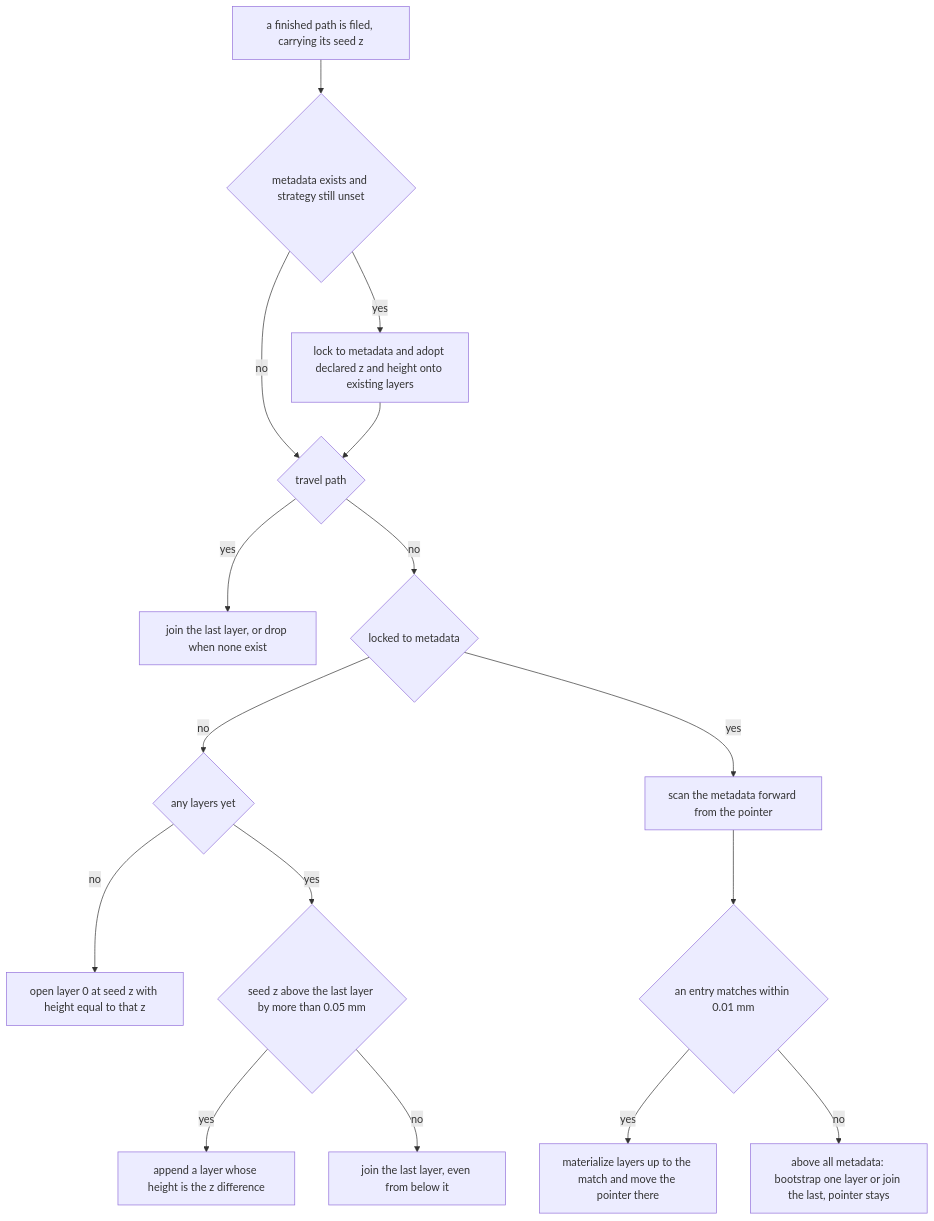
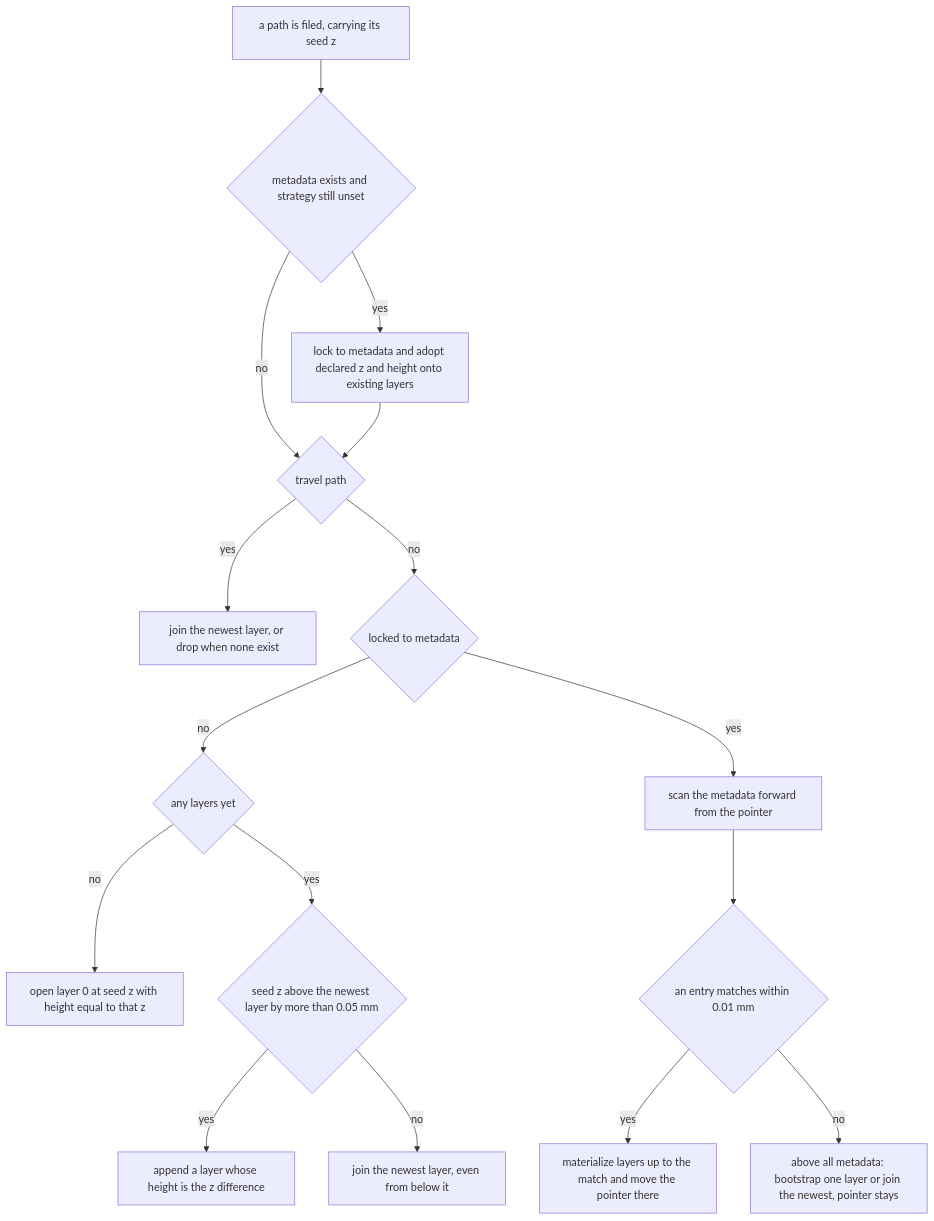
One commit to xyz-tools/gcode-preview changed the third of 3 diagrams in verification/quint/layer-indexer.md. Above: the diagram before and after it, drawn with Mermaid. The commit also changed other lines of this file and 801 other files, not shown here.

````diff
--- a/verification/quint/layer-indexer.md
+++ b/verification/quint/layer-indexer.md
@@ -37,18 +62,18 @@
 ```mermaid
 flowchart TD
-    A["a finished path is filed, carrying its seed z"] --> W{"metadata exists and strategy still unset"}
+    A["a path is filed, carrying its seed z"] --> W{"metadata exists and strategy still unset"}
     W -- yes --> AD["lock to metadata and adopt declared z and height onto existing layers"]
     W -- no --> T{"travel path"}
     AD --> T
-    T -- yes --> TJ["join the last layer, or drop when none exist"]
+    T -- yes --> TJ["join the newest layer, or drop when none exist"]
     T -- no --> L{"locked to metadata"}
     L -- no --> F0{"any layers yet"}
     F0 -- no --> F1["open layer 0 at seed z with height equal to that z"]
-    F0 -- yes --> F2{"seed z above the last layer by more than 0.05 mm"}
+    F0 -- yes --> F2{"seed z above the newest layer by more than 0.05 mm"}
     F2 -- yes --> F3["append a layer whose height is the z difference"]
-    F2 -- no --> F4["join the last layer, even from below it"]
+    F2 -- no --> F4["join the newest layer, even from below it"]
     L -- yes --> S["scan the metadata forward from the pointer"]
     S --> G{"an entry matches within 0.01 mm"}
     G -- yes --> M1["materialize layers up to the match and move the pointer there"]
-    G -- no --> M2["above all metadata: bootstrap one layer or join the last, pointer stays"]
+    G -- no --> M2["above all metadata: bootstrap one layer or join the newest, pointer stays"]
 ```
````
